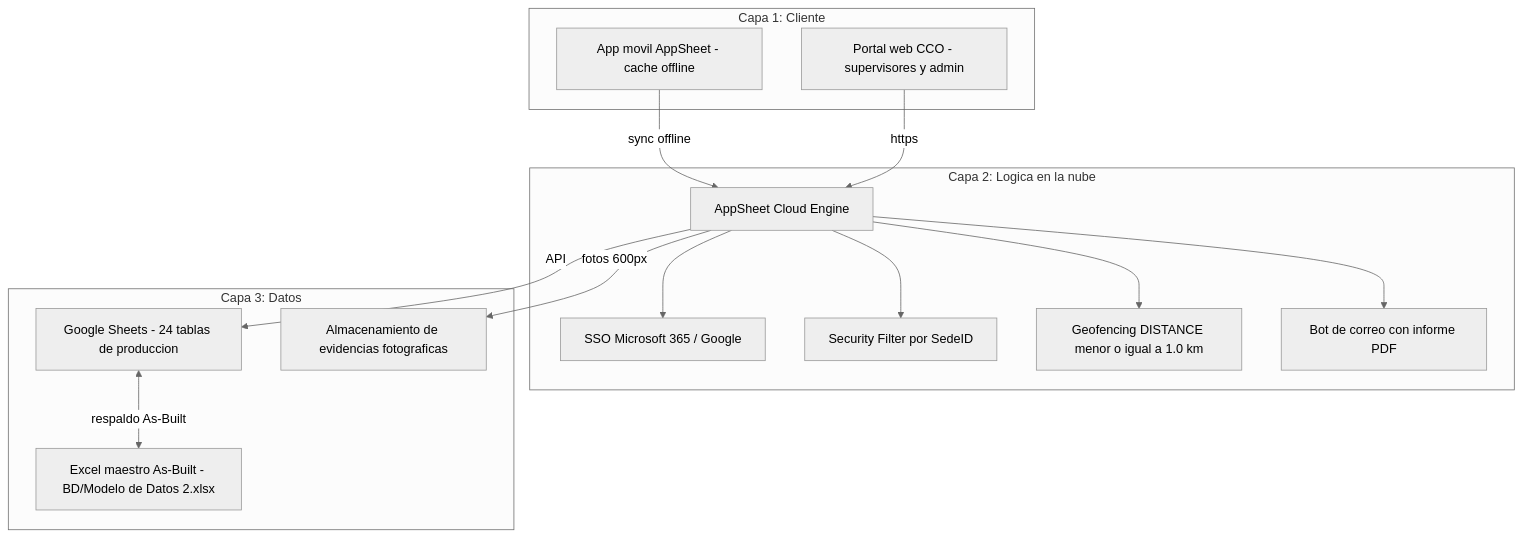
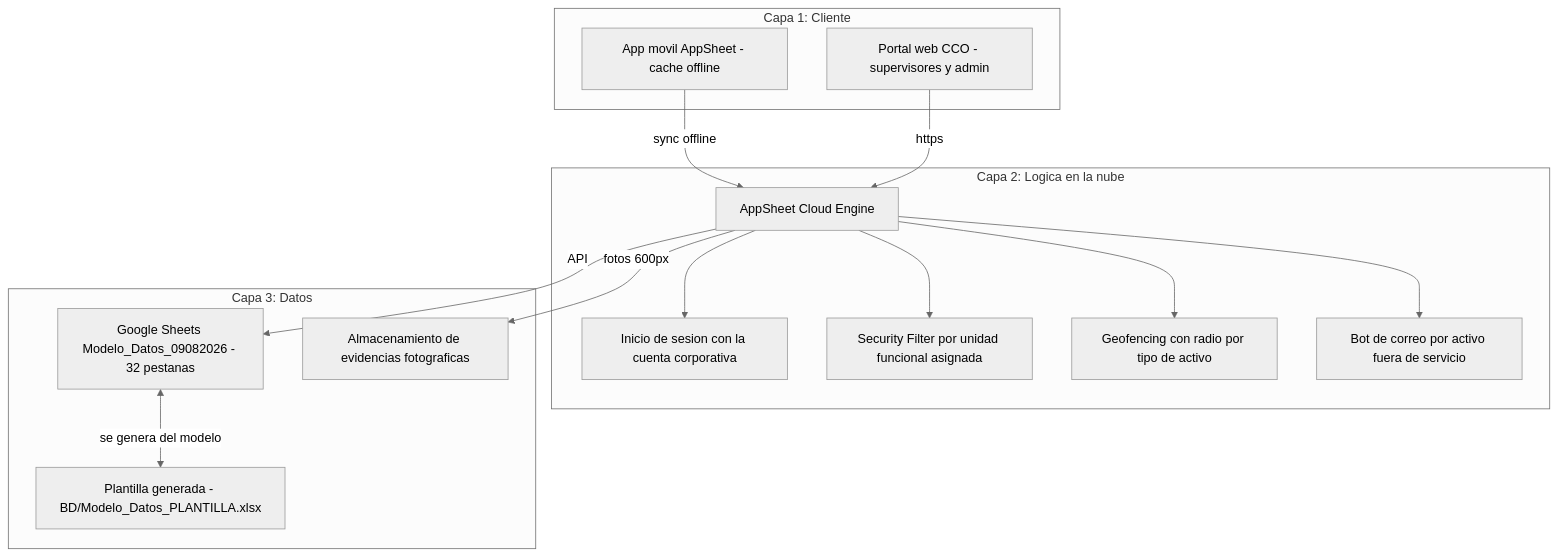
One commit to dieleoz/SGMC changed the first of 2 diagrams in README.md. Above: the diagram before and after it, drawn with Mermaid (neutral theme). The commit also changed other lines of this file and 52 other files, not shown here.

````diff
--- a/README.md
+++ b/README.md
@@ -77,28 +82,28 @@
 ```mermaid
 graph TD
     subgraph C1[Capa 1: Cliente]
         M[App movil AppSheet - cache offline]
         W[Portal web CCO - supervisores y admin]
     end
     subgraph C2[Capa 2: Logica en la nube]
         E[AppSheet Cloud Engine]
-        S[SSO Microsoft 365 / Google]
-        F[Security Filter por SedeID]
-        G[Geofencing DISTANCE menor o igual a 1.0 km]
-        B[Bot de correo con informe PDF]
+        S[Inicio de sesion con la cuenta corporativa]
+        F[Security Filter por unidad funcional asignada]
+        G[Geofencing con radio por tipo de activo]
+        B[Bot de correo por activo fuera de servicio]
     end
     subgraph C3[Capa 3: Datos]
-        GS[Google Sheets - 24 tablas de produccion]
-        X[Excel maestro As-Built - BD/Modelo de Datos 2.xlsx]
+        GS[Google Sheets Modelo_Datos_09082026 - 32 pestanas]
+        X[Plantilla generada - BD/Modelo_Datos_PLANTILLA.xlsx]
         OD[Almacenamiento de evidencias fotograficas]
     end
     M -->|sync offline| E
     W -->|https| E
     E --> S
     E --> F
     E --> G
     E --> B
     E -->|API| GS
-    GS <-->|respaldo As-Built| X
+    GS <-->|se genera del modelo| X
     E -->|fotos 600px| OD
 ```
````
